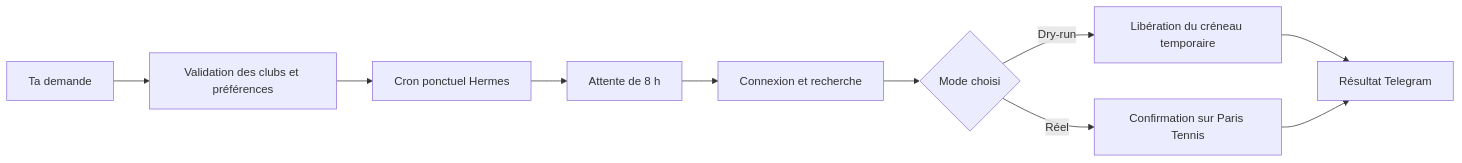
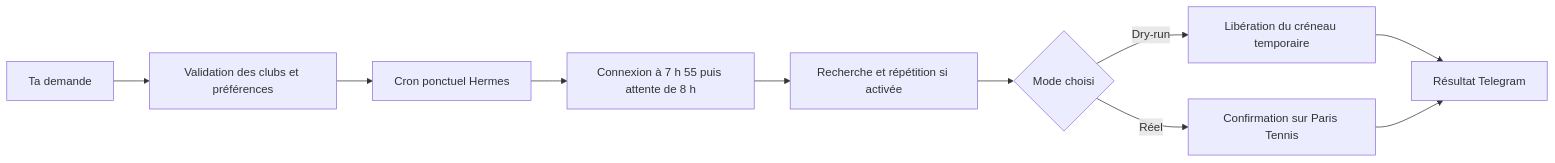
One commit to RolandVrignon/paris-tennis-tenibotty changed the diagram in README.md. Above: the diagram before and after it, drawn with Mermaid. The commit also changed other lines of this file and 11 other files, not shown here.

````diff
--- a/README.md
+++ b/README.md
@@ -110,12 +110,12 @@
 ```mermaid
 flowchart LR
     A[Ta demande] --> B[Validation des clubs et préférences]
     B --> C[Cron ponctuel Hermes]
-    C --> D[Attente de 8 h]
-    D --> E[Connexion et recherche]
+    C --> D[Connexion à 7 h 55 puis attente de 8 h]
+    D --> E[Recherche et répétition si activée]
     E --> F{Mode choisi}
     F -->|Dry-run| G[Libération du créneau temporaire]
     F -->|Réel| H[Confirmation sur Paris Tennis]
     G --> I[Résultat Telegram]
     H --> I
 ```
````
